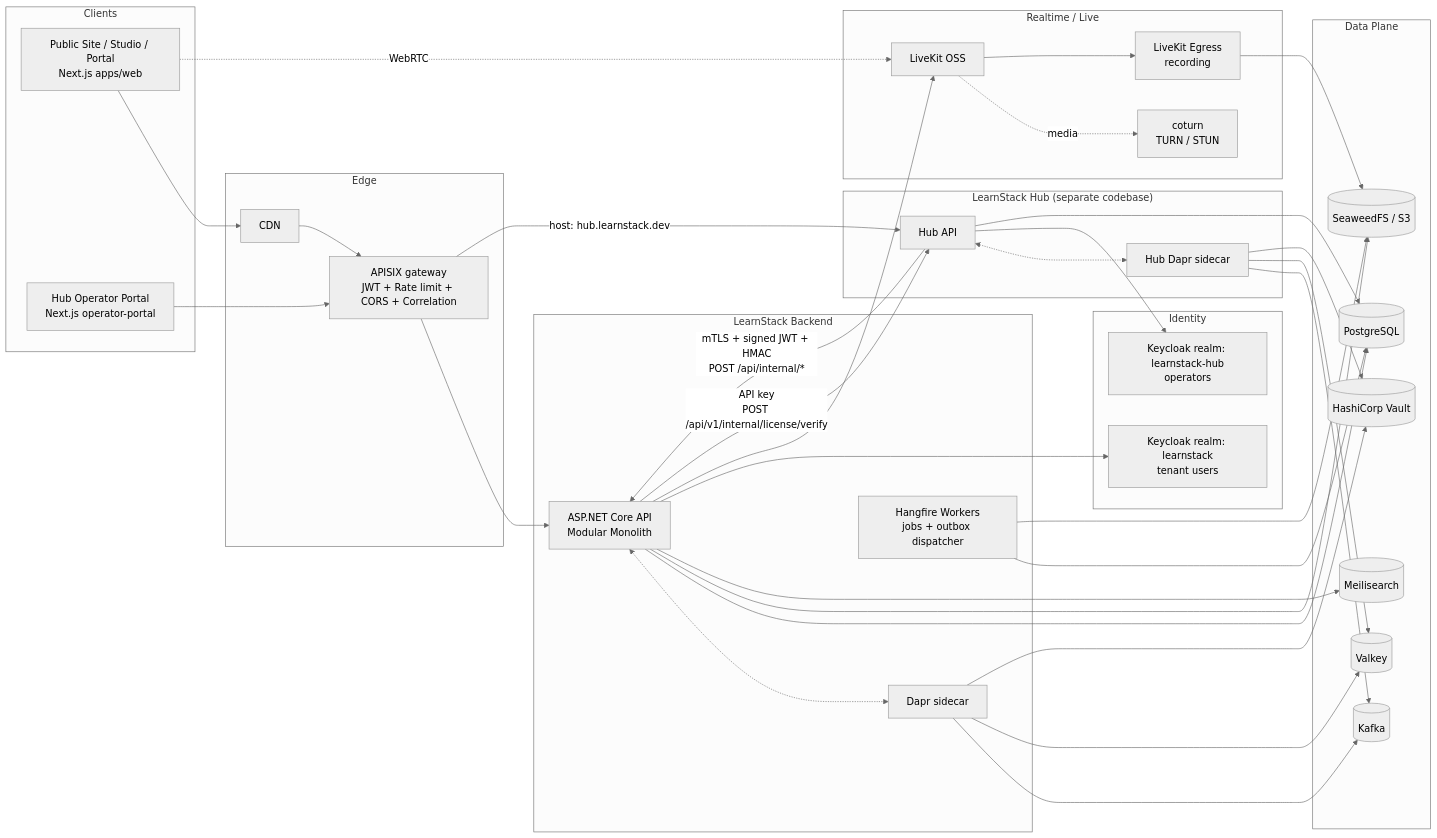
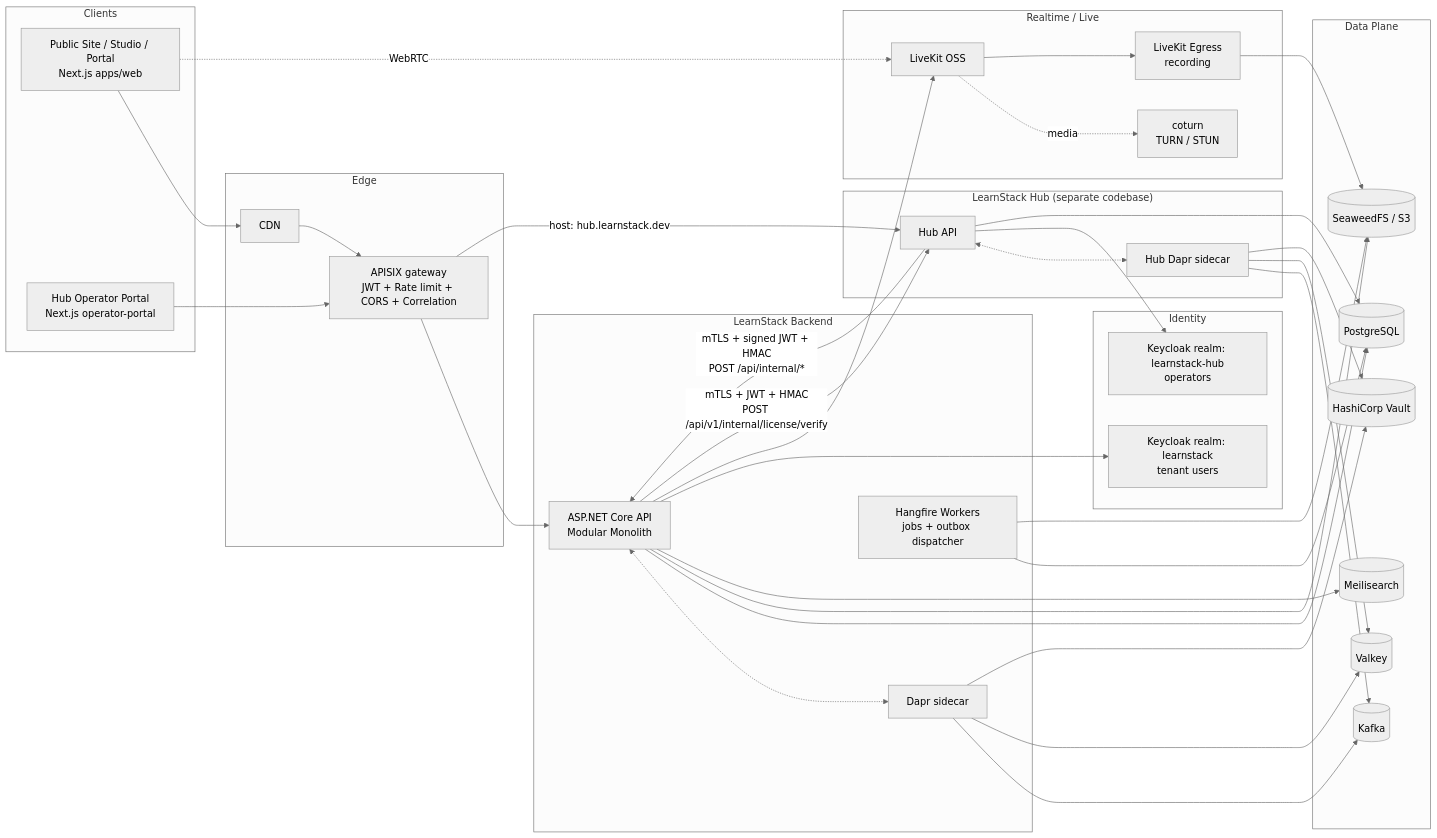
The first of 2 diagrams in docs/architecture/04-technical-architecture.md (HodeTech/LearnStack), drawn with Mermaid (neutral theme) before and after one commit. The commit also changed 9 other files, not shown here.

````diff
--- a/docs/architecture/04-technical-architecture.md
+++ b/docs/architecture/04-technical-architecture.md
@@ -30,74 +30,74 @@
 ```mermaid
 flowchart LR
   subgraph clients["Clients"]
     web[Public Site / Studio / Portal<br/>Next.js apps/web]
     hubweb[Hub Operator Portal<br/>Next.js operator-portal]
   end
 
   subgraph edge["Edge"]
     cdn[CDN]
     apisix[APISIX gateway<br/>JWT + Rate limit + CORS + Correlation]
   end
 
   subgraph backend["LearnStack Backend"]
     api[ASP.NET Core API<br/>Modular Monolith]
     daprd1[Dapr sidecar]
     workers[Hangfire Workers<br/>jobs + outbox dispatcher]
   end
 
   subgraph hubplane["LearnStack Hub (separate codebase)"]
     hubapi[Hub API]
     daprd2[Hub Dapr sidecar]
   end
 
   subgraph data["Data Plane"]
     pg[(PostgreSQL)]
     redis[(Valkey)]
     seaweedfs[(SeaweedFS / S3)]
     meili[(Meilisearch)]
     kafka[(Kafka)]
     vault[(HashiCorp Vault)]
   end
 
   subgraph realtime["Realtime / Live"]
     lk[LiveKit OSS]
     egress[LiveKit Egress<br/>recording]
     turn[coturn<br/>TURN / STUN]
   end
 
   subgraph identity["Identity"]
     kc_main[Keycloak realm: learnstack<br/>tenant users]
     kc_hub[Keycloak realm: learnstack-hub<br/>operators]
   end
 
   web --> cdn --> apisix --> api
   hubweb --> apisix
   apisix -- "host: hub.learnstack.dev" --> hubapi
   web -. WebRTC .-> lk
   lk -. media .-> turn
 
   api <-.-> daprd1
   daprd1 --> kafka
   daprd1 --> redis
   daprd1 --> vault
 
   hubapi <-.-> daprd2
   daprd2 --> kafka
   daprd2 --> redis
   daprd2 --> vault
 
   api --> pg
   api --> seaweedfs
   api --> meili
   api --> kc_main
   api --> lk
   workers --> pg
   workers --> seaweedfs
   egress --> seaweedfs
   lk --> egress
 
   hubapi -- "mTLS + signed JWT + HMAC<br/>POST /api/internal/*" --> api
-  api -- "API key<br/>POST /api/v1/internal/license/verify" --> hubapi
+  api -- "mTLS + JWT + HMAC<br/>POST /api/v1/internal/license/verify" --> hubapi
   hubapi --> kc_hub
   hubapi --> pg
 ```
````
